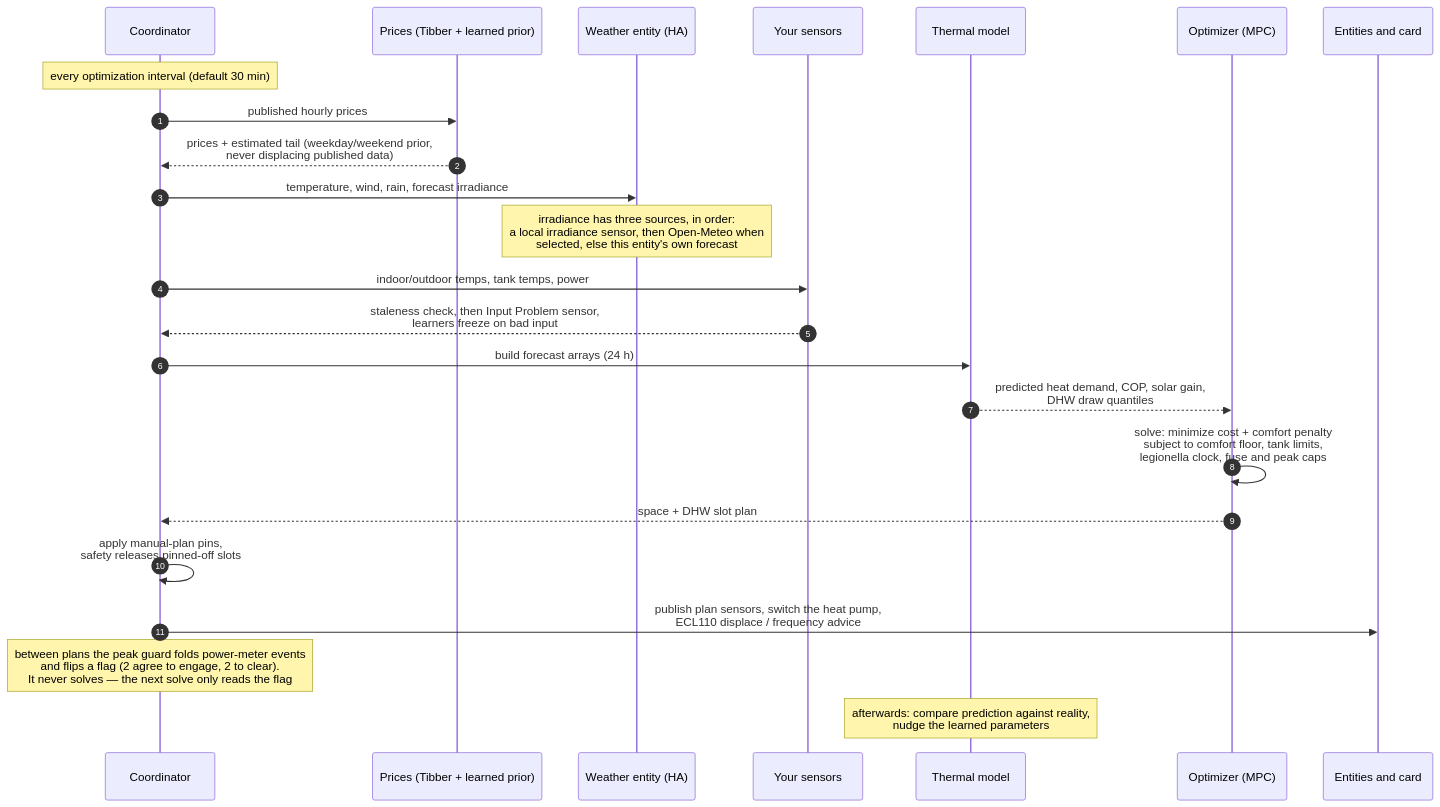
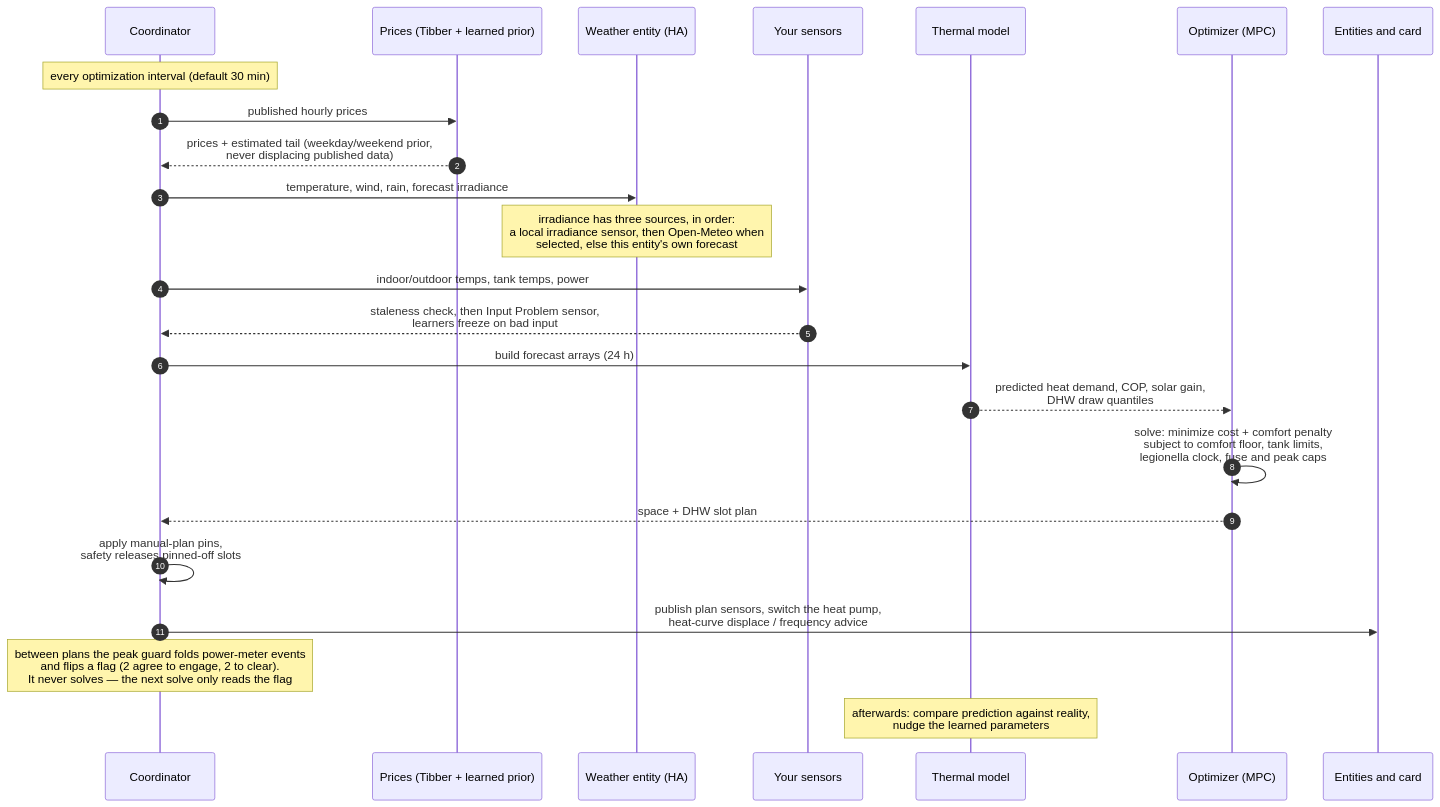
The third of 3 diagrams in README.md (tvofi/heatpump_optimizer), drawn with Mermaid before and after one commit. The commit also changed other lines of this file and 25 other files, not shown here.

First line of the commit message:
Heat-curve control as the subject, the ECL110 one of three ways

````diff
--- a/README.md
+++ b/README.md
@@ -848,27 +851,27 @@
 ```mermaid
 sequenceDiagram
     autonumber
     participant C as Coordinator
     participant P as Prices (Tibber + learned prior)
     participant W as Weather entity (HA)
     participant S as Your sensors
     participant M as Thermal model
     participant O as Optimizer (MPC)
     participant E as Entities and card
 
     Note over C: every optimization interval (default 30 min)
     C->>P: published hourly prices
     P-->>C: prices + estimated tail (weekday/weekend prior,<br/>never displacing published data)
     C->>W: temperature, wind, rain, forecast irradiance
     Note over W: irradiance has three sources, in order:<br/>a local irradiance sensor, then Open-Meteo when<br/>selected, else this entity's own forecast
     C->>S: indoor/outdoor temps, tank temps, power
     S-->>C: staleness check, then Input Problem sensor,<br/>learners freeze on bad input
     C->>M: build forecast arrays (24 h)
     M-->>O: predicted heat demand, COP, solar gain,<br/>DHW draw quantiles
     O->>O: solve: minimize cost + comfort penalty<br/>subject to comfort floor, tank limits,<br/>legionella clock, fuse and peak caps
     O-->>C: space + DHW slot plan
     C->>C: apply manual-plan pins,<br/>safety releases pinned-off slots
-    C->>E: publish plan sensors, switch the heat pump,<br/>ECL110 displace / frequency advice
+    C->>E: publish plan sensors, switch the heat pump,<br/>heat-curve displace / frequency advice
     Note over C: between plans the peak guard folds power-meter events<br/>and flips a flag (2 agree to engage, 2 to clear).<br/>It never solves — the next solve only reads the flag
     Note over M: afterwards: compare prediction against reality,<br/>nudge the learned parameters
 ```
````
